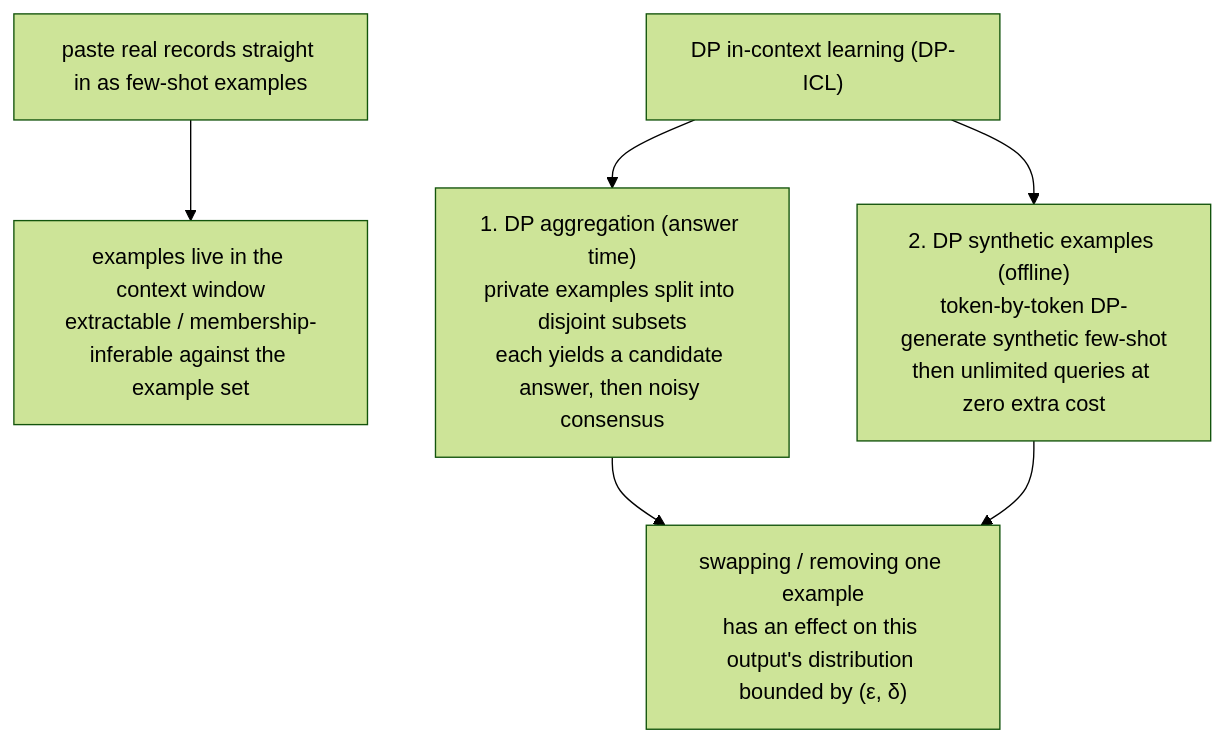
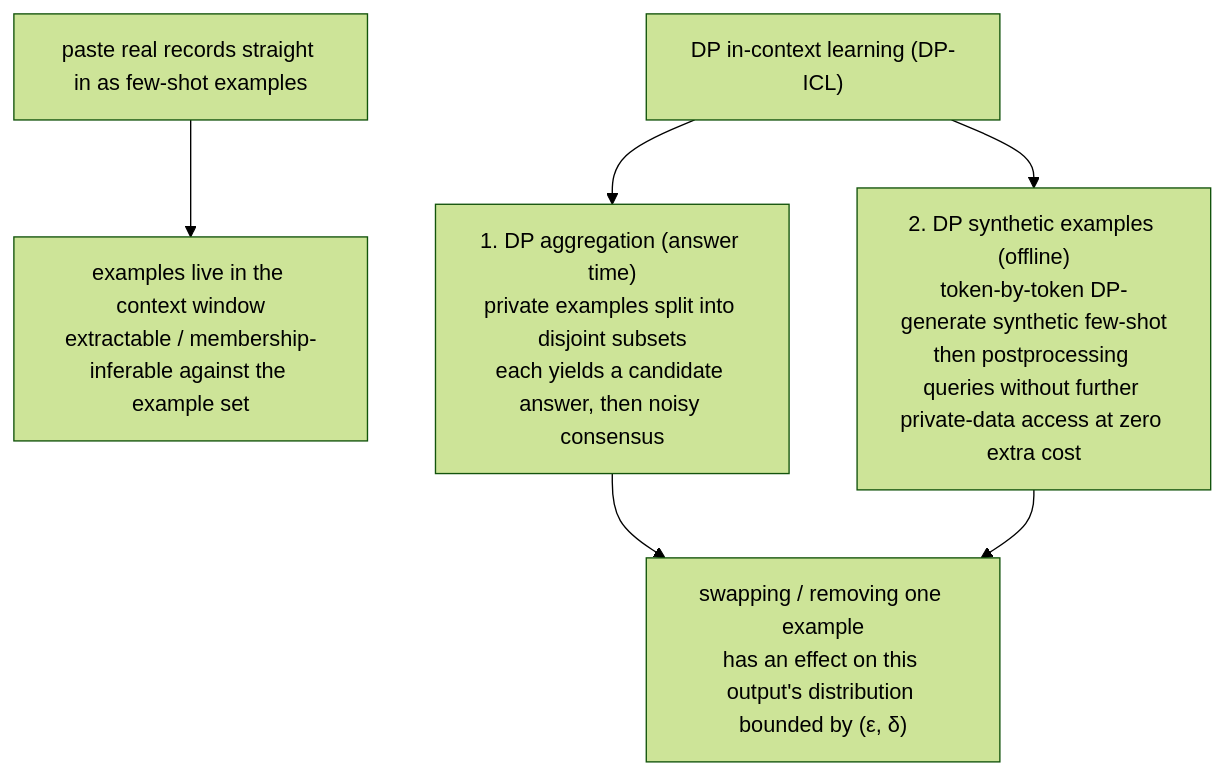
Before and after one commit to XuebinMa/AIWiki: the diagram in i18n/en/docusaurus-plugin-content-docs-privacy/current/03-conversational-llms/dp-in-context-learning.mdx, drawn with Mermaid (forest theme). The commit also changed other lines of this file and 325 other files, not shown here.

````diff
--- a/i18n/en/docusaurus-plugin-content-docs-privacy/current/03-conversational-llms/dp-in-context-learning.mdx
+++ b/i18n/en/docusaurus-plugin-content-docs-privacy/current/03-conversational-llms/dp-in-context-learning.mdx
@@ -37,8 +41,8 @@
 ```mermaid
 flowchart TB
     RAW["paste real records straight in as few-shot examples"] --> LEAK["examples live in the context window<br/>extractable / membership-inferable against the example set"]
     P["DP in-context learning (DP-ICL)"] --> AGG["1. DP aggregation (answer time)<br/>private examples split into disjoint subsets<br/>each yields a candidate answer, then noisy consensus"]
-    P --> SYN["2. DP synthetic examples (offline)<br/>token-by-token DP-generate synthetic few-shot<br/>then unlimited queries at zero extra cost"]
+    P --> SYN["2. DP synthetic examples (offline)<br/>token-by-token DP-generate synthetic few-shot<br/>then postprocessing queries without further private-data access at zero extra cost"]
     AGG --> BOUND["swapping / removing one example<br/>has an effect on this output's distribution bounded by (ε, δ)"]
     SYN --> BOUND
 ```
````
